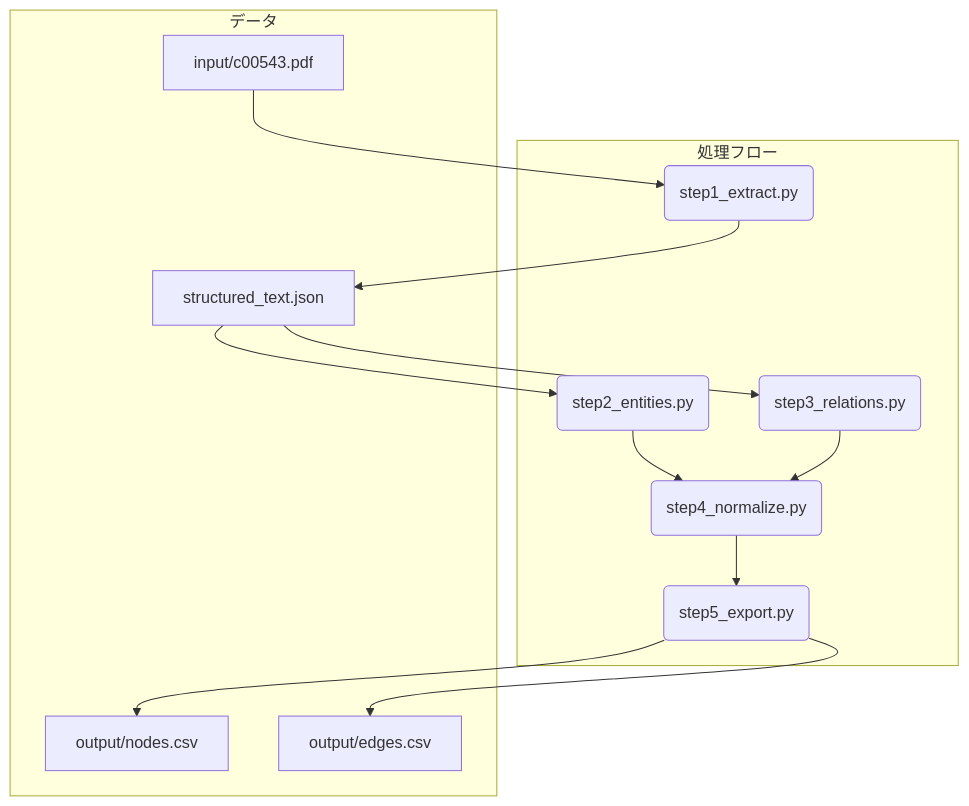
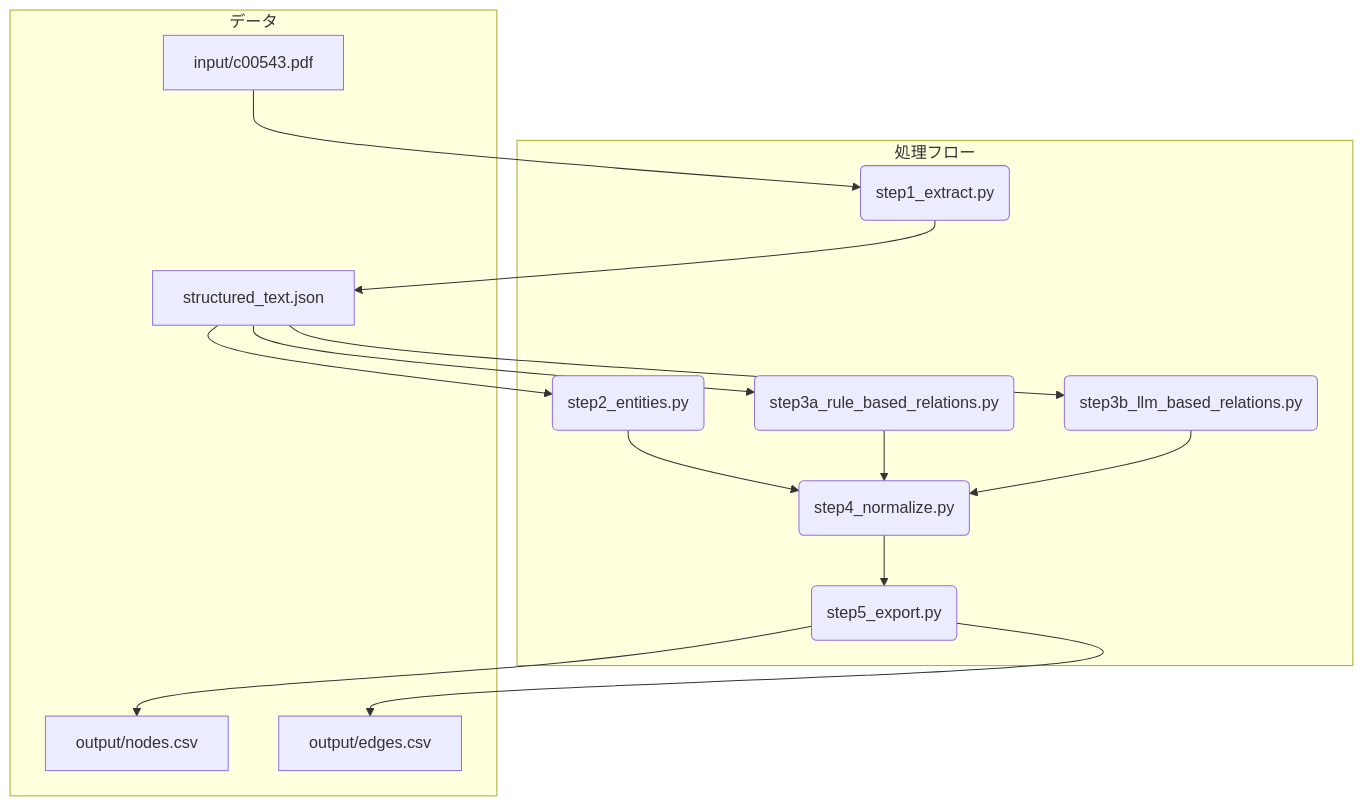
One commit to fk506cni/med-graph-gen changed the diagram in README.md. Above: the diagram before and after it, drawn with Mermaid. The commit also changed other lines of this file and 9 other files, not shown here.

````diff
--- a/README.md
+++ b/README.md
@@ -44,27 +45,30 @@
 ```mermaid
 graph TD;
     A[input/c00543.pdf] --> B(step1_extract.py);
     B --> C[structured_text.json];
     C --> D(step2_entities.py);
-    C --> E(step3_relations.py);
+    C --> E1(step3a_rule_based_relations.py);
+    C --> E2(step3b_llm_based_relations.py);
     D --> F(step4_normalize.py);
-    E --> F;
+    E1 --> F;
+    E2 --> F;
     F --> G(step5_export.py);
     G --> H[output/nodes.csv];
     G --> I[output/edges.csv];
 
     subgraph "処理フロー"
         B
         D
-        E
+        E1
+        E2
         F
         G
     end
 
     subgraph "データ"
         A
         C
         H
         I
     end
 ```
````
